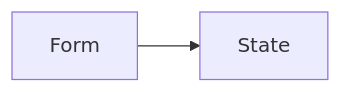
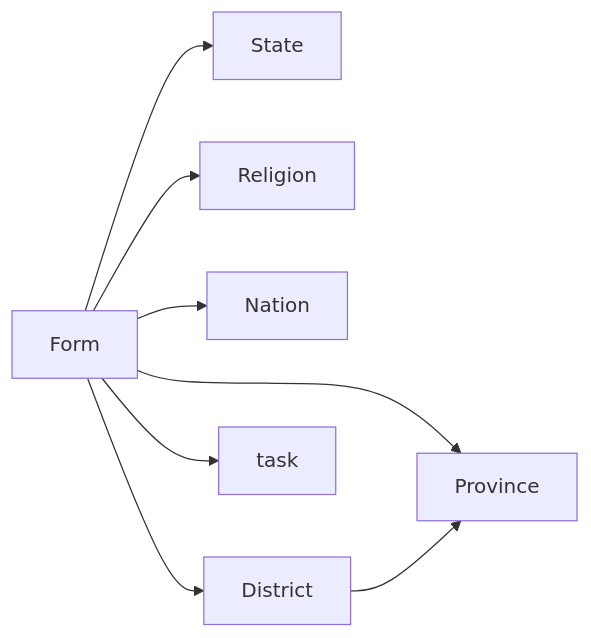
One commit to CapSuro/passport_firsttime changed the second of 3 diagrams in README.md. Above: the diagram before and after it, drawn with Mermaid. The commit also changed other lines of this file and 13 other files, not shown here.

````diff
--- a/README.md
+++ b/README.md
@@ -76,4 +76,10 @@
 ```mermaid
 graph LR
 	Form --> State
+	Form --> Religion
+	Form --> Nation
+	Form --> Province
+	Form --> District
+	District --> Province
+	Form --> task
 ```
````
